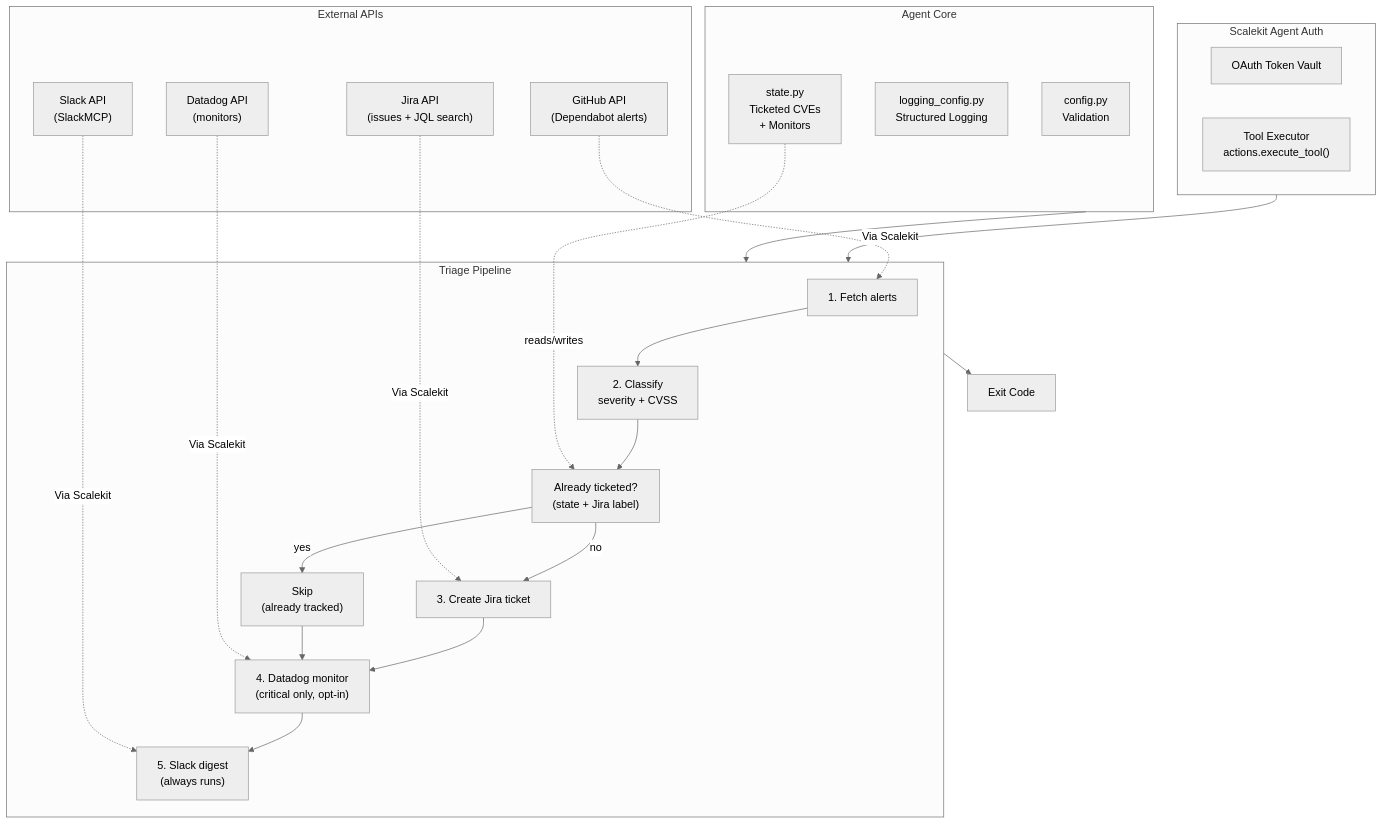
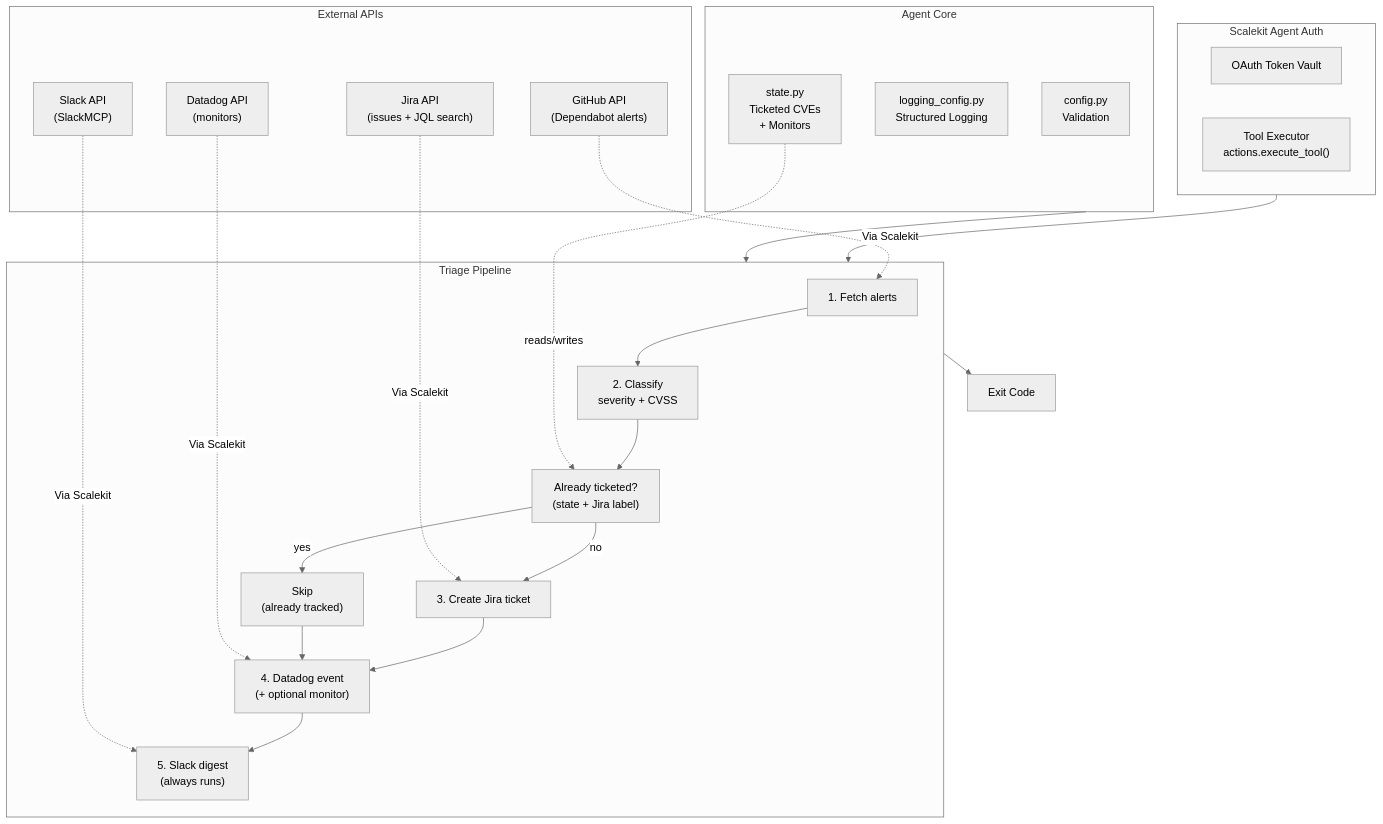
The diagram in security-vulnerability-triage-agent/README.md (scalekit-developers/workflow-agents-demos), drawn with Mermaid (neutral theme) before and after one commit. The commit also changed other lines of this file and 5 other files, not shown here.

````diff
--- a/security-vulnerability-triage-agent/README.md
+++ b/security-vulnerability-triage-agent/README.md
@@ -25,47 +25,47 @@
 ```mermaid
 graph TB
     subgraph External["External APIs"]
         GH["GitHub API<br/>(Dependabot alerts)"]
         JR["Jira API<br/>(issues + JQL search)"]
         SL["Slack API<br/>(SlackMCP)"]
         DD["Datadog API<br/>(monitors)"]
     end
 
     subgraph Scalekit["Scalekit Agent Auth"]
         OAUTH["OAuth Token Vault"]
         TOOLS["Tool Executor<br/>actions.execute_tool()"]
     end
 
     subgraph Core["Agent Core"]
         CONFIG["config.py<br/>Validation"]
         LOGGING["logging_config.py<br/>Structured Logging"]
         STATE["state.py<br/>Ticketed CVEs<br/>+ Monitors"]
     end
 
     subgraph Pipeline["Triage Pipeline"]
         F["1. Fetch alerts"]
         C["2. Classify<br/>severity + CVSS"]
         DEDUP["Already ticketed?<br/>(state + Jira label)"]
         T["3. Create Jira ticket"]
         SKIP["Skip<br/>(already tracked)"]
-        M["4. Datadog monitor<br/>(critical only, opt-in)"]
+        M["4. Datadog event<br/>(+ optional monitor)"]
         D["5. Slack digest<br/>(always runs)"]
     end
 
     GH -.->|Via Scalekit| F
     F --> C
     C --> DEDUP
     STATE -.->|reads/writes| DEDUP
     DEDUP -->|no| T
     DEDUP -->|yes| SKIP
     JR -.->|Via Scalekit| T
     T --> M
     SKIP --> M
     DD -.->|Via Scalekit| M
     M --> D
     SL -.->|Via Scalekit| D
 
     Scalekit --> Pipeline
     Core --> Pipeline
     Pipeline --> Output["Exit Code"]
 ```
````
